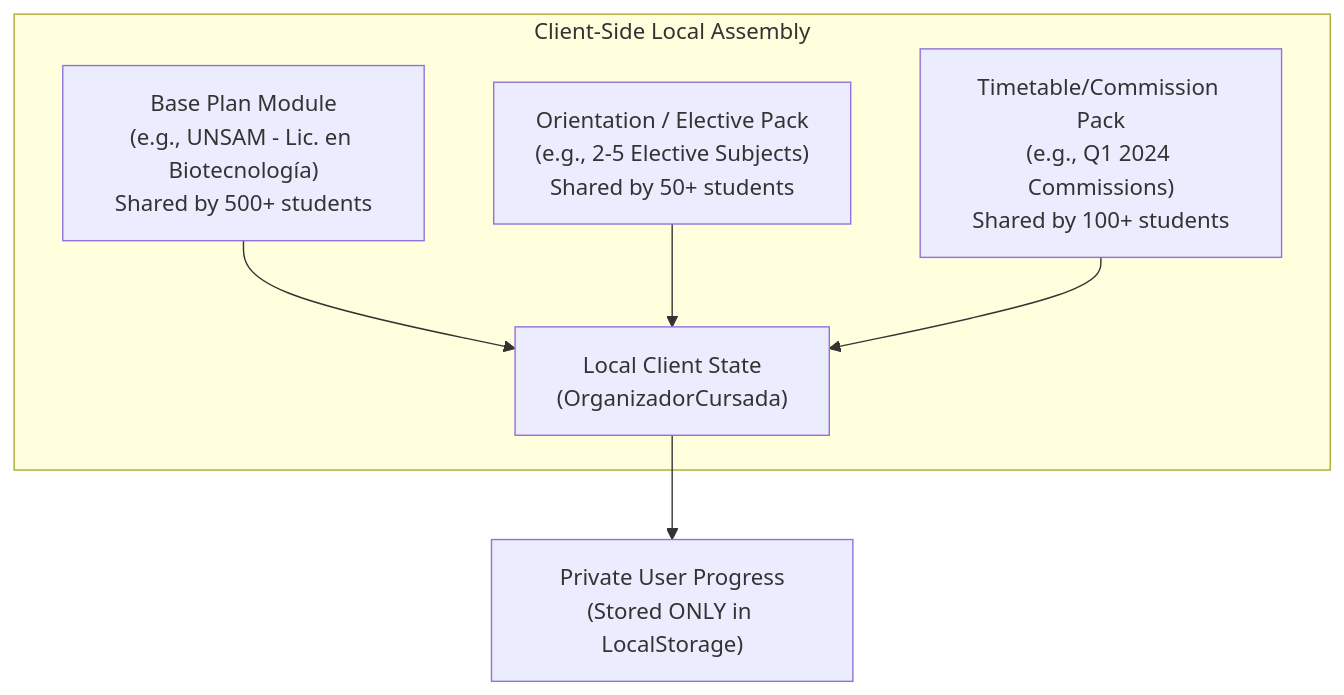
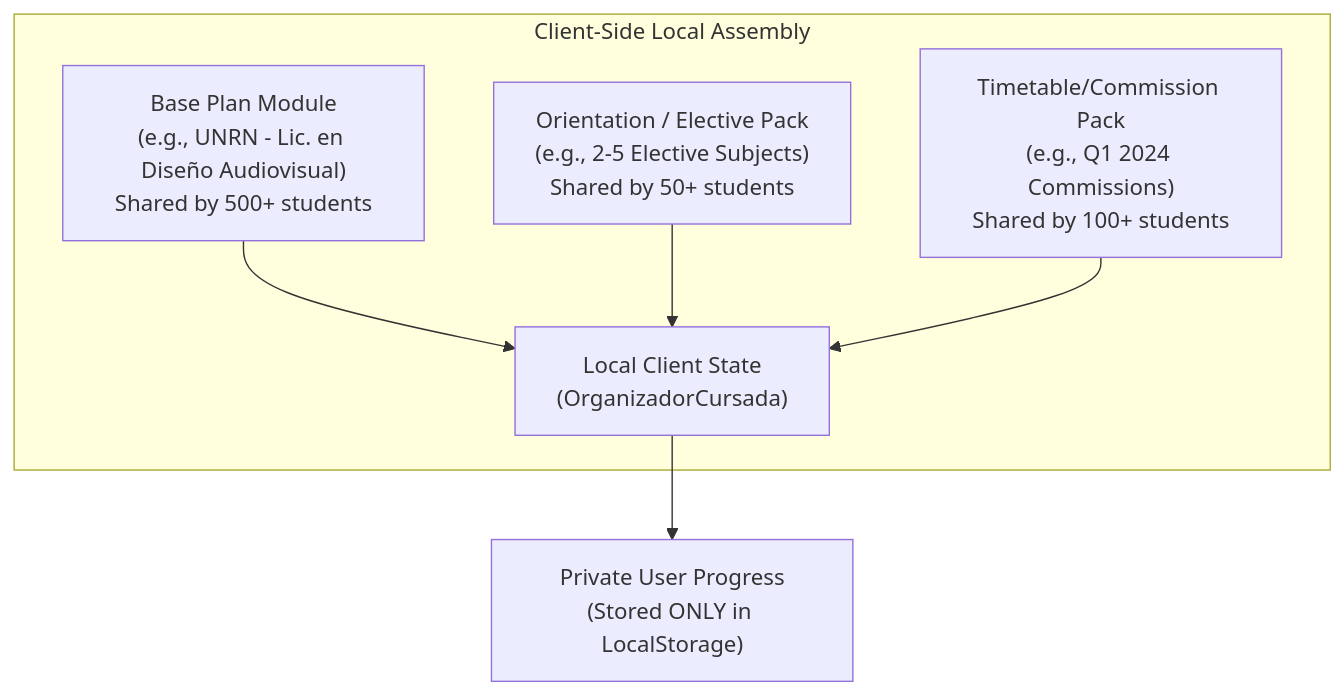
One commit to nitricx/OrganizadorCursada changed the first of 6 diagrams in docs/system_design_workshop.md. Above: the diagram before and after it, drawn with Mermaid. The commit also changed other lines of this file and 28 other files, not shown here.

````diff
--- a/docs/system_design_workshop.md
+++ b/docs/system_design_workshop.md
@@ -69,14 +69,14 @@
 ```mermaid
 flowchart TD
     subgraph Client-Side Local Assembly
-        A["Base Plan Module<br/>(e.g., UNSAM - Lic. en Biotecnología)<br/>Shared by 500+ students"] 
+        A["Base Plan Module<br/>(e.g., UNRN - Lic. en Diseño Audiovisual)<br/>Shared by 500+ students"] 
         B["Orientation / Elective Pack<br/>(e.g., 2-5 Elective Subjects)<br/>Shared by 50+ students"]
         C["Timetable/Commission Pack<br/>(e.g., Q1 2024 Commissions)<br/>Shared by 100+ students"]
         
         A --> LocalEngine["Local Client State<br/>(OrganizadorCursada)"]
         B --> LocalEngine
         C --> LocalEngine
     end
     
     LocalEngine --> PrivateUser["Private User Progress<br/>(Stored ONLY in LocalStorage)"]
 ```
````
